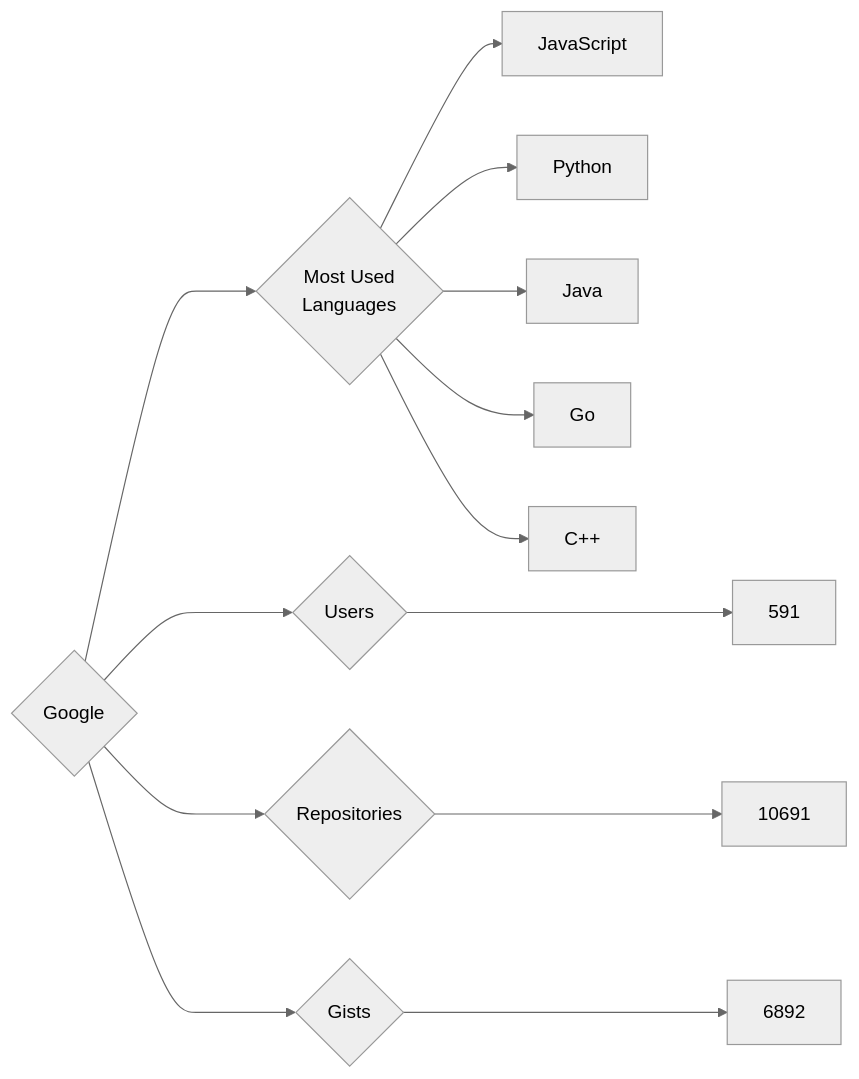
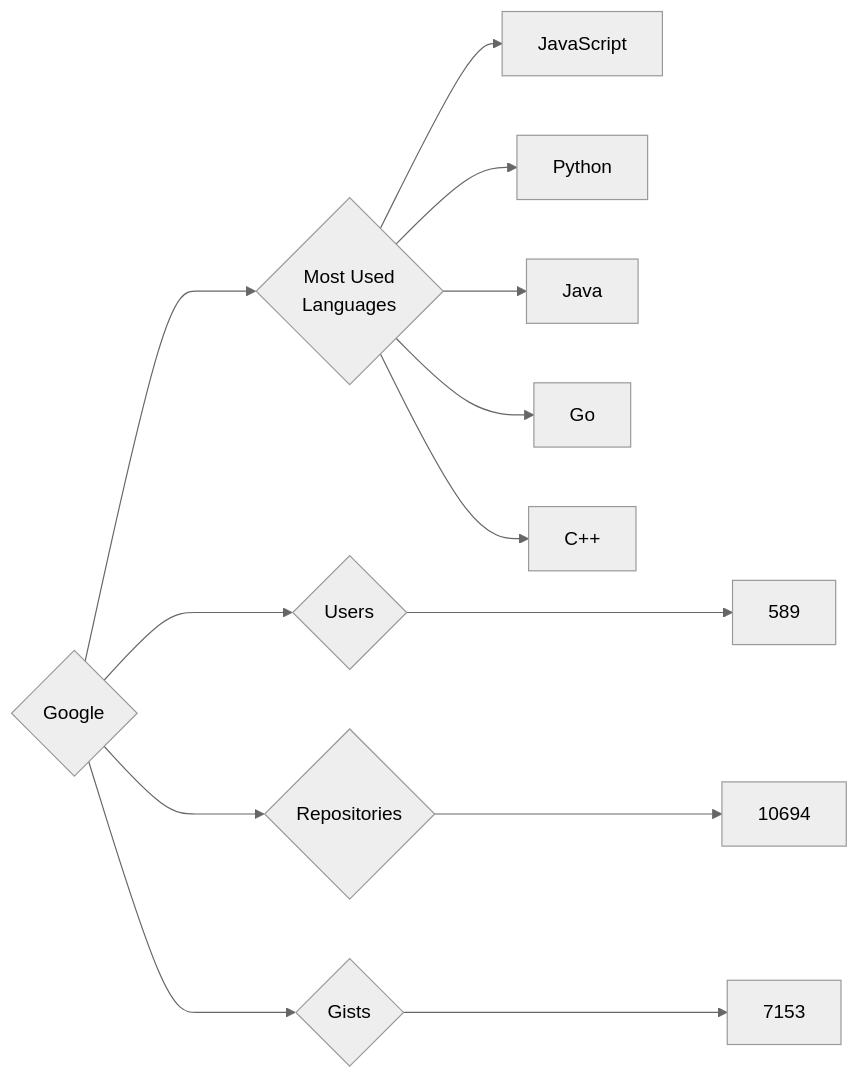
The diagram in targets/Google/README.md (trickest/insiders), drawn with Mermaid (neutral theme) before and after one commit. The commit also changed 860 other files, not shown here.

````diff
--- a/targets/Google/README.md
+++ b/targets/Google/README.md
@@ -3,13 +3,13 @@
 ```mermaid
 graph LR
 COMPANY_NAME{Google}
-COMPANY_NAME ---> U{Users} ---> UN[591]
-COMPANY_NAME ---> R{Repositories} ---> RN[10691]
-COMPANY_NAME ---> G{Gists} ---> GN[6892]
+COMPANY_NAME ---> U{Users} ---> UN[589]
+COMPANY_NAME ---> R{Repositories} ---> RN[10694]
+COMPANY_NAME ---> G{Gists} ---> GN[7153]
 COMPANY_NAME ---> ML{Most Used<br>Languages}
 ML --> JavaScript[JavaScript]
 ML --> Python[Python]
 ML --> Java[Java]
 ML --> Go[Go]
 ML --> C++[C++]
 ```
````
